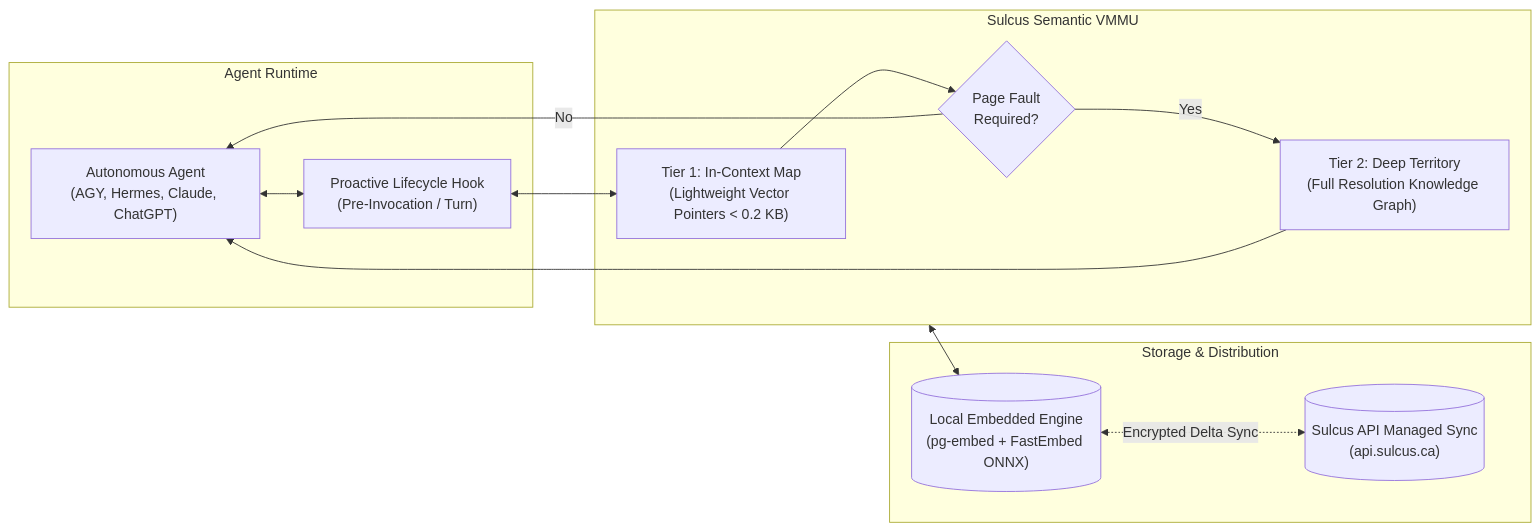
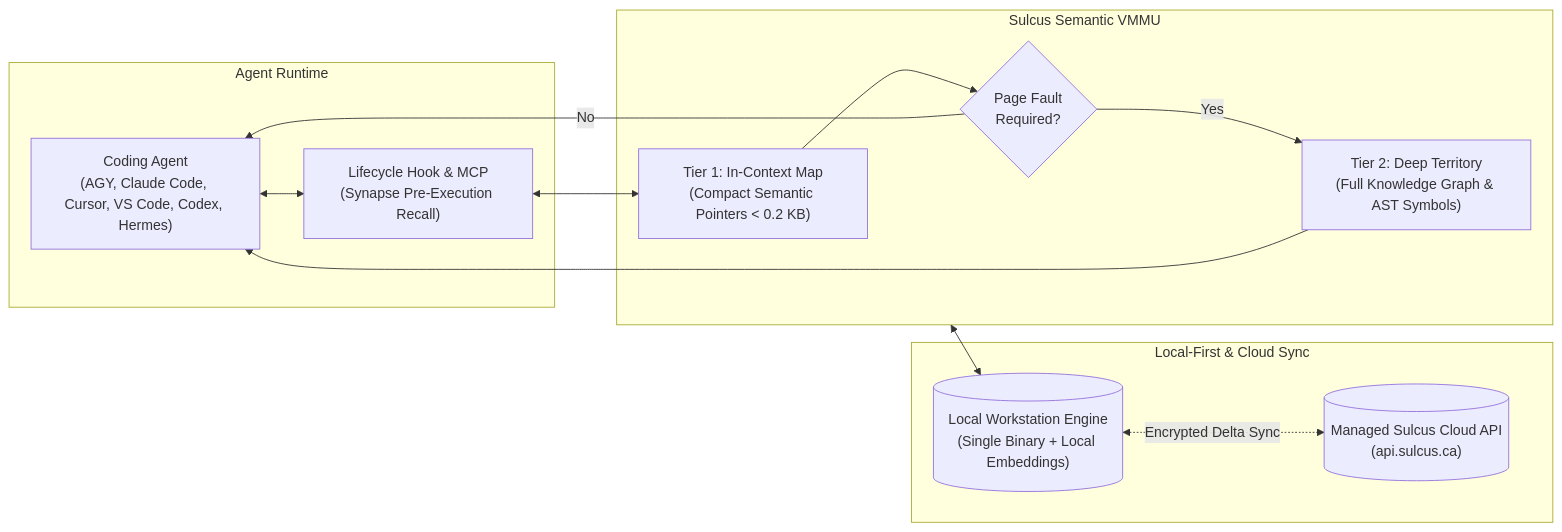
One commit to digitalforgeca/sulcus changed the diagram in README.md. Above: the diagram before and after it, drawn with Mermaid. The commit also changed other lines of this file and 484 other files, not shown here.

````diff
--- a/README.md
+++ b/README.md
@@ -32,27 +18,27 @@
 ```mermaid
 flowchart LR
     subgraph AgentRuntime["Agent Runtime"]
-        Agent["Autonomous Agent\n(AGY, Hermes, Claude, ChatGPT)"]
-        Hook["Proactive Lifecycle Hook\n(Pre-Invocation / Turn)"]
+        Agent["Coding Agent\n(AGY, Claude Code, Cursor, VS Code, Codex, Hermes)"]
+        Hook["Lifecycle Hook & MCP\n(Synapse Pre-Execution Recall)"]
     end
 
     subgraph SulcusEngine["Sulcus Semantic VMMU"]
-        Map["Tier 1: In-Context Map\n(Lightweight Vector Pointers < 0.2 KB)"]
+        Map["Tier 1: In-Context Map\n(Compact Semantic Pointers < 0.2 KB)"]
         Fault{"Page Fault\nRequired?"}
-        Territory["Tier 2: Deep Territory\n(Full Resolution Knowledge Graph)"]
+        Territory["Tier 2: Deep Territory\n(Full Knowledge Graph & AST Symbols)"]
     end
 
-    subgraph Storage["Storage & Distribution"]
-        LocalDB[("Local Embedded Engine\n(pg-embed + FastEmbed ONNX)")]
-        CloudSync[("Sulcus API Managed Sync\n(api.sulcus.ca)")]
+    subgraph Storage["Local-First & Cloud Sync"]
+        LocalDB[("Local Workstation Engine\n(Single Binary + Local Embeddings)")]
+        CloudSync[("Managed Sulcus Cloud API\n(api.sulcus.ca)")]
     end
 
     Agent <--> Hook
     Hook <--> Map
     Map --> Fault
     Fault -- Yes --> Territory
     Fault -- No --> Agent
     Territory --> Agent
     SulcusEngine <--> LocalDB
     LocalDB <-. Encrypted Delta Sync .-> CloudSync
 ```
````
